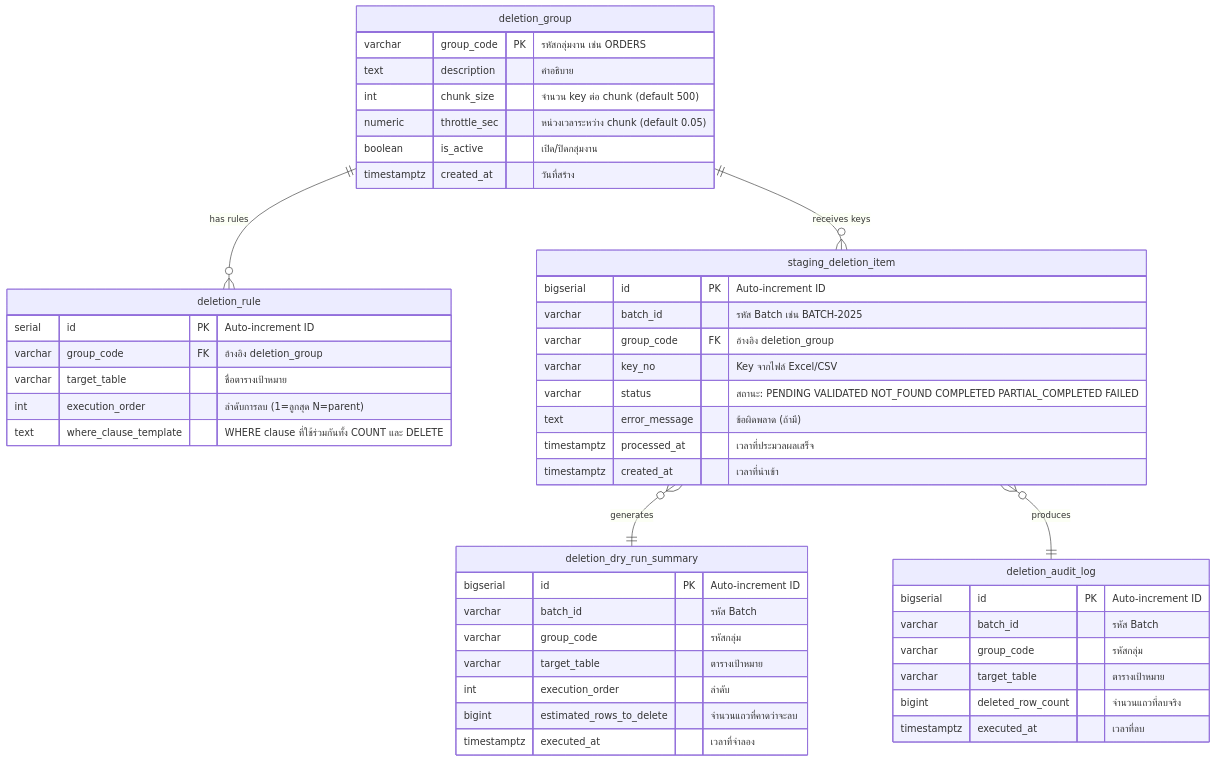
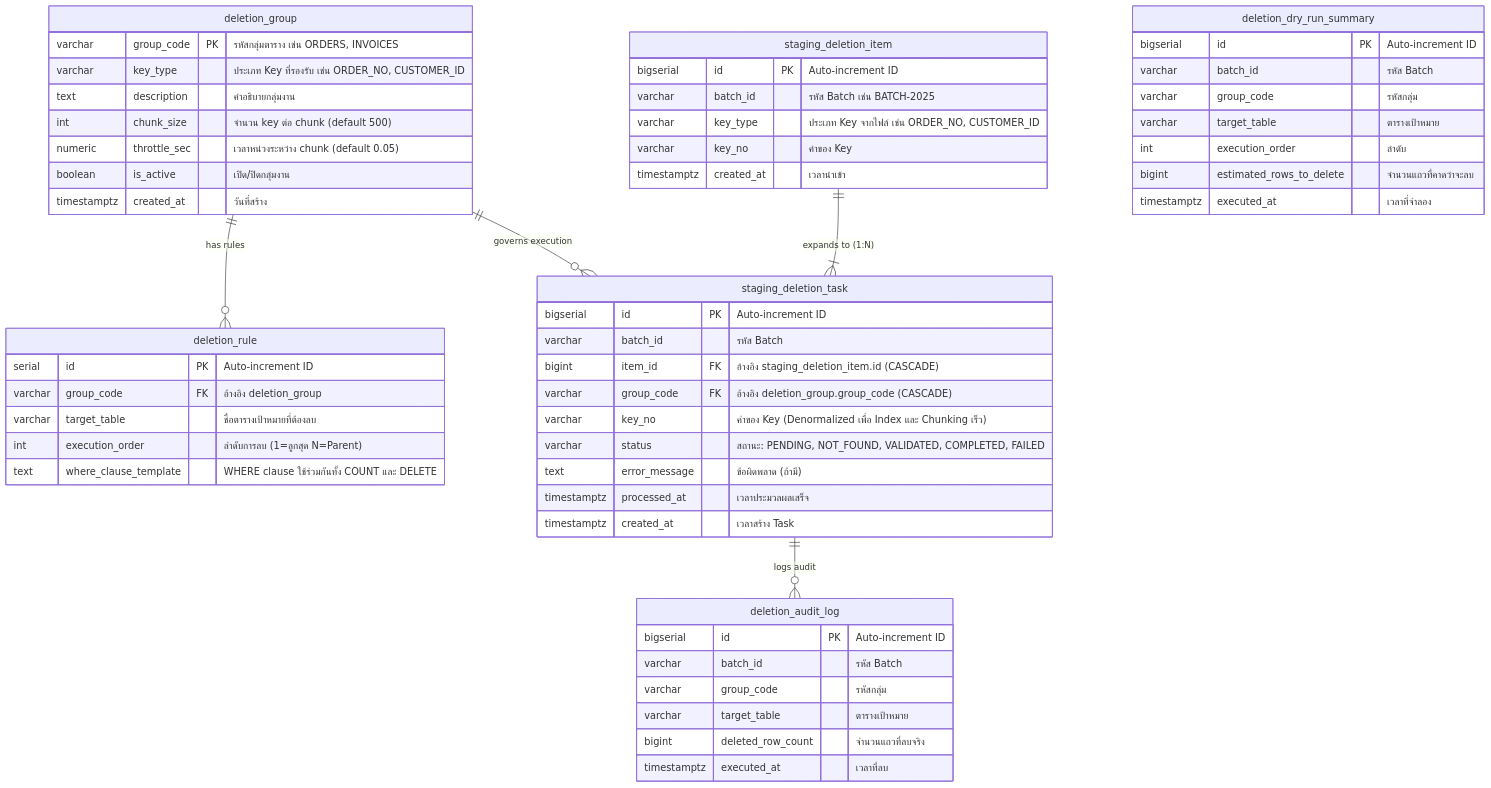
The third of 4 diagrams in docs/TECHNICAL_SPEC.md (Kullapan/data-deletion), drawn with Mermaid before and after one commit. The commit also changed other lines of this file and 16 other files, not shown here.

````diff
--- a/docs/TECHNICAL_SPEC.md
+++ b/docs/TECHNICAL_SPEC.md
@@ -75,54 +148,64 @@
 ```mermaid
 erDiagram
     deletion_group ||--o{ deletion_rule : "has rules"
-    deletion_group ||--o{ staging_deletion_item : "receives keys"
+    deletion_group ||--o{ staging_deletion_task : "governs execution"
+    staging_deletion_item ||--|{ staging_deletion_task : "expands to (1:N)"
+    staging_deletion_task ||--o{ deletion_audit_log : "logs audit"
+
     deletion_group {
-        varchar group_code PK "รหัสกลุ่มงาน เช่น ORDERS"
-        text description "คำอธิบาย"
+        varchar group_code PK "รหัสกลุ่มตาราง เช่น ORDERS, INVOICES"
+        varchar key_type "ประเภท Key ที่รองรับ เช่น ORDER_NO, CUSTOMER_ID"
+        text description "คำอธิบายกลุ่มงาน"
         int chunk_size "จำนวน key ต่อ chunk (default 500)"
-        numeric throttle_sec "หน่วงเวลาระหว่าง chunk (default 0.05)"
+        numeric throttle_sec "เวลาหน่วงระหว่าง chunk (default 0.05)"
         boolean is_active "เปิด/ปิดกลุ่มงาน"
         timestamptz created_at "วันที่สร้าง"
     }
 
     deletion_rule {
         serial id PK "Auto-increment ID"
         varchar group_code FK "อ้างอิง deletion_group"
-        varchar target_table "ชื่อตารางเป้าหมาย"
-        int execution_order "ลำดับการลบ (1=ลูกสุด N=parent)"
-        text where_clause_template "WHERE clause ที่ใช้ร่วมกันทั้ง COUNT และ DELETE"
+        varchar target_table "ชื่อตารางเป้าหมายที่ต้องลบ"
+        int execution_order "ลำดับการลบ (1=ลูกสุด N=Parent)"
+        text where_clause_template "WHERE clause ใช้ร่วมกันทั้ง COUNT และ DELETE"
     }
 
     staging_deletion_item {
         bigserial id PK "Auto-increment ID"
         varchar batch_id "รหัส Batch เช่น BATCH-2025"
-        varchar group_code FK "อ้างอิง deletion_group"
-        varchar key_no "Key จากไฟล์ Excel/CSV"
-        varchar status "สถานะ: PENDING VALIDATED NOT_FOUND COMPLETED PARTIAL_COMPLETED FAILED"
+        varchar key_type "ประเภท Key จากไฟล์ เช่น ORDER_NO, CUSTOMER_ID"
+        varchar key_no "ค่าของ Key"
+        timestamptz created_at "เวลานำเข้า"
+    }
+
+    staging_deletion_task {
+        bigserial id PK "Auto-increment ID"
+        varchar batch_id "รหัส Batch"
+        bigint item_id FK "อ้างอิง staging_deletion_item.id (CASCADE)"
+        varchar group_code FK "อ้างอิง deletion_group.group_code (CASCADE)"
+        varchar key_no "ค่าของ Key (Denormalized เพื่อ Index และ Chunking เร็ว)"
+        varchar status "สถานะ: PENDING, NOT_FOUND, VALIDATED, COMPLETED, FAILED"
         text error_message "ข้อผิดพลาด (ถ้ามี)"
-        timestamptz processed_at "เวลาที่ประมวลผลเสร็จ"
-        timestamptz created_at "เวลาที่นำเข้า"
+        timestamptz processed_at "เวลาประมวลผลเสร็จ"
+        timestamptz created_at "เวลาสร้าง Task"
     }
 
     deletion_dry_run_summary {
         bigserial id PK "Auto-increment ID"
         varchar batch_id "รหัส Batch"
         varchar group_code "รหัสกลุ่ม"
         varchar target_table "ตารางเป้าหมาย"
         int execution_order "ลำดับ"
         bigint estimated_rows_to_delete "จำนวนแถวที่คาดว่าจะลบ"
         timestamptz executed_at "เวลาที่จำลอง"
     }
 
     deletion_audit_log {
         bigserial id PK "Auto-increment ID"
         varchar batch_id "รหัส Batch"
         varchar group_code "รหัสกลุ่ม"
         varchar target_table "ตารางเป้าหมาย"
         bigint deleted_row_count "จำนวนแถวที่ลบจริง"
         timestamptz executed_at "เวลาที่ลบ"
     }
-
-    staging_deletion_item }o--|| deletion_dry_run_summary : "generates"
-    staging_deletion_item }o--|| deletion_audit_log : "produces"
 ```
````
